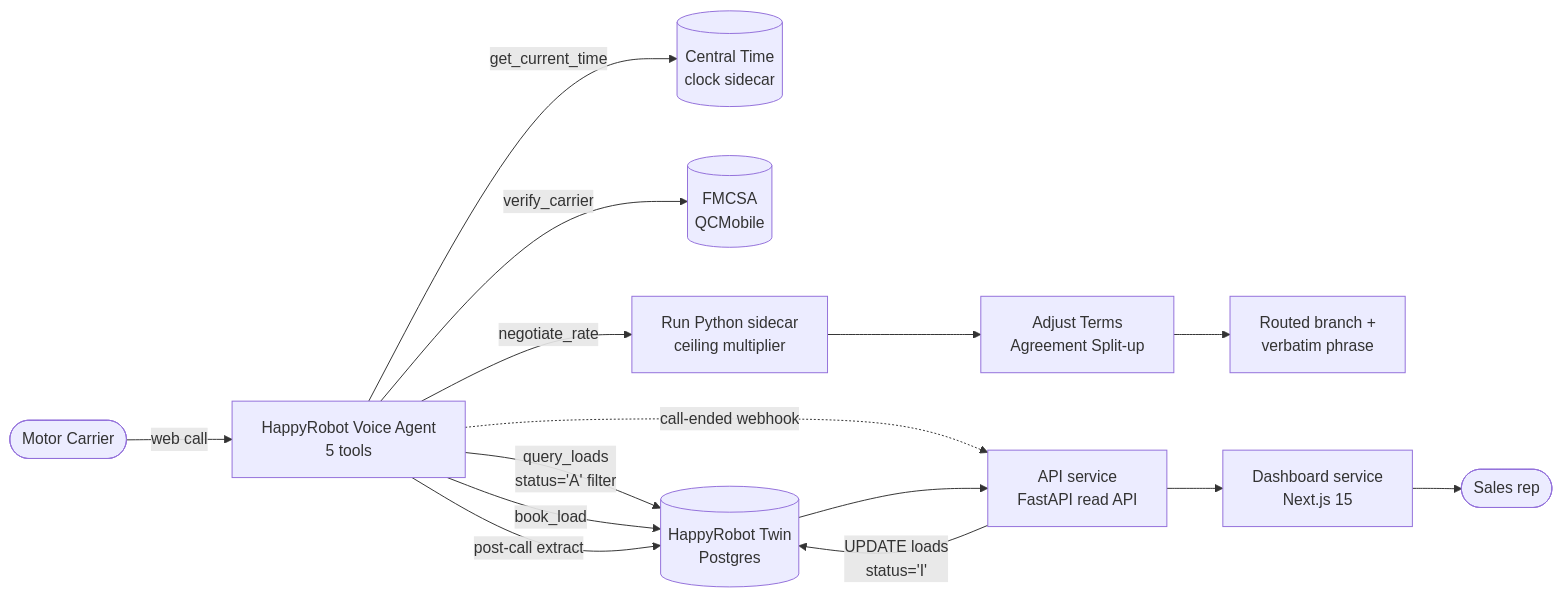
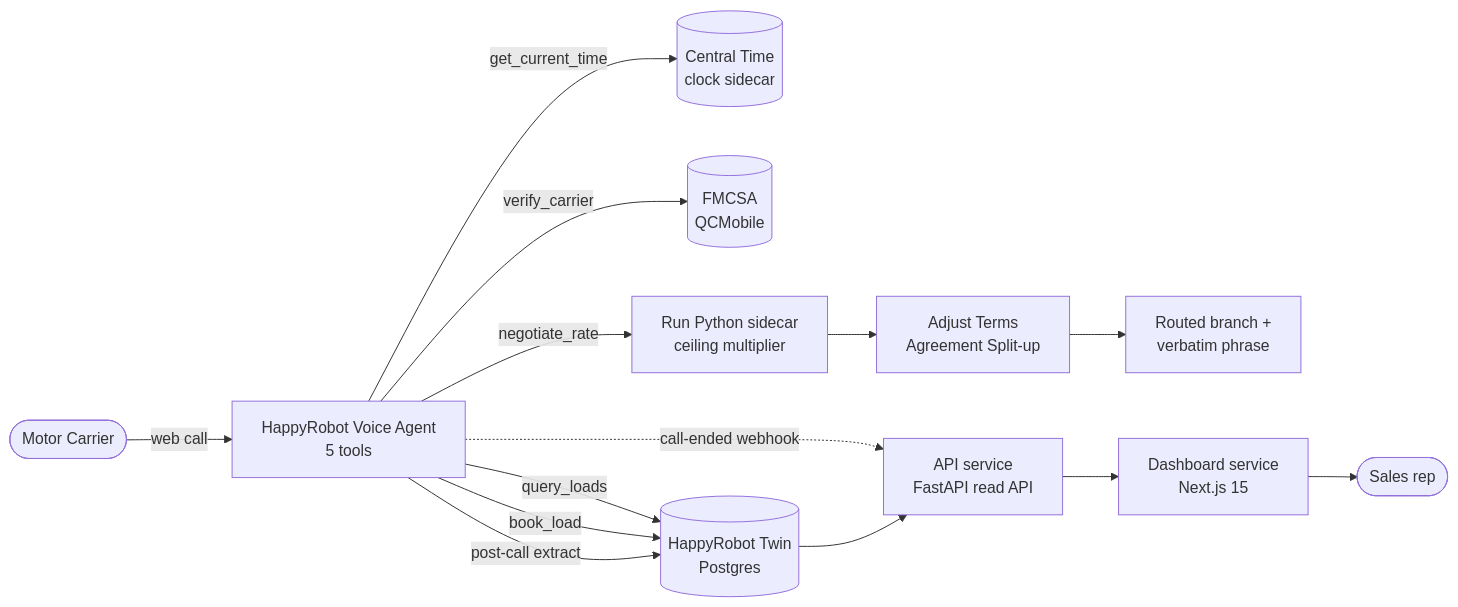
One commit to AndresMorones/AcmeLogistics changed the diagram in README.md. Above: the diagram before and after it, drawn with Mermaid. The commit also changed other lines of this file and 3 other files, not shown here.

````diff
--- a/README.md
+++ b/README.md
@@ -36,15 +36,14 @@
 ```mermaid
 flowchart LR
     Carrier([Motor Carrier]) -->|web call| HR[HappyRobot Voice Agent<br/>5 tools]
     HR -->|get_current_time| Clock[(Central Time<br/>clock sidecar)]
     HR -->|verify_carrier| FMCSA[(FMCSA<br/>QCMobile)]
-    HR -->|query_loads<br/>status='A' filter| Twin[(HappyRobot Twin<br/>Postgres)]
+    HR -->|query_loads| Twin[(HappyRobot Twin<br/>Postgres)]
     HR -->|negotiate_rate| Sidecar[Run Python sidecar<br/>ceiling multiplier] --> Split[Adjust Terms<br/>Agreement Split-up] --> Branch[Routed branch +<br/>verbatim phrase]
     HR -->|book_load| Twin
     HR -->|post-call extract| Twin
     HR -.->|call-ended webhook| API
-    API -->|UPDATE loads<br/>status='I'| Twin
     Twin --> API[API service<br/>FastAPI read API]
     API --> Dashboard[Dashboard service<br/>Next.js 15]
     Dashboard --> Sales([Sales rep])
 ```
````
